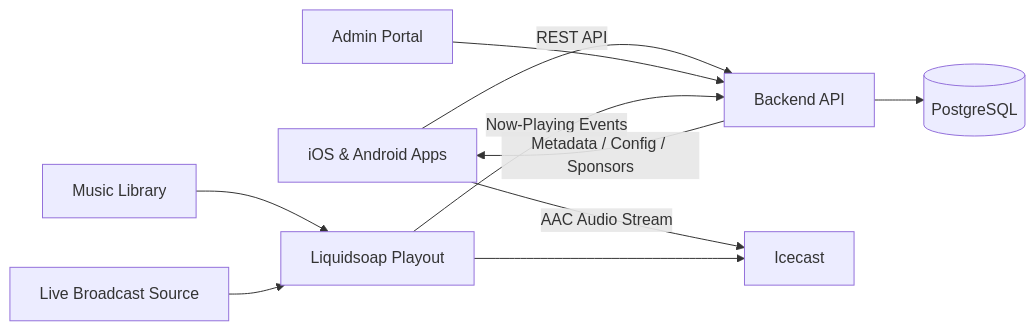
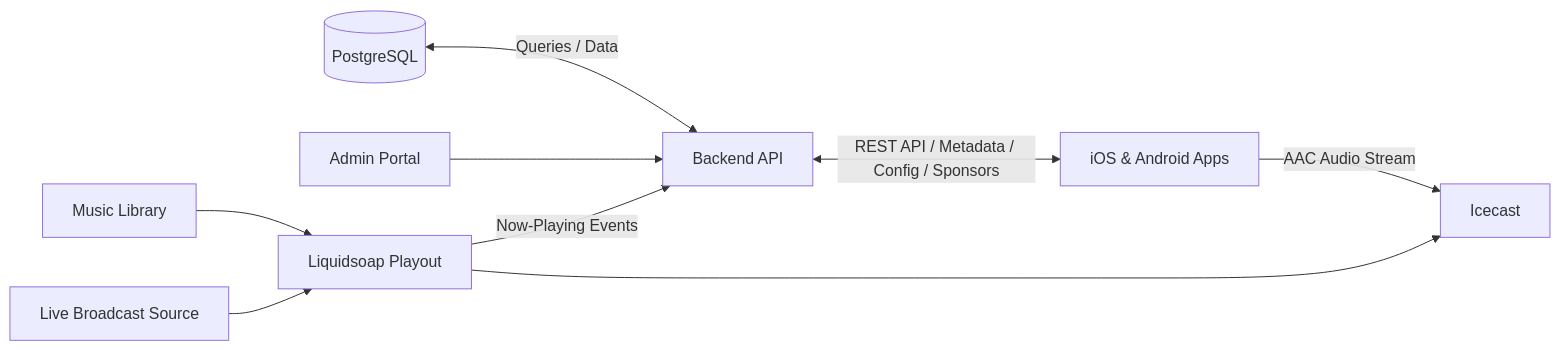
Before and after one commit to tripdixon/echoes-radio-platform: the diagram in README.md, drawn with Mermaid.

Commit message:
Reposition architecture diagram around backend API

````diff
--- a/README.md
+++ b/README.md
@@ -24,12 +24,11 @@
 ```mermaid
 flowchart LR
-    A[iOS & Android Apps] -->|REST API| B[Backend API]
+    D[(PostgreSQL)] <-->|Queries / Data| B[Backend API]
+    B <-->|REST API / Metadata / Config / Sponsors| A[iOS & Android Apps]
     A -->|AAC Audio Stream| C[Icecast]
-    B --> D[(PostgreSQL)]
     E[Admin Portal] --> B
     F[Liquidsoap Playout] --> C
     G[Music Library] --> F
     H[Live Broadcast Source] --> F
     F -->|Now-Playing Events| B
-    B -->|Metadata / Config / Sponsors| A
 ```
````
